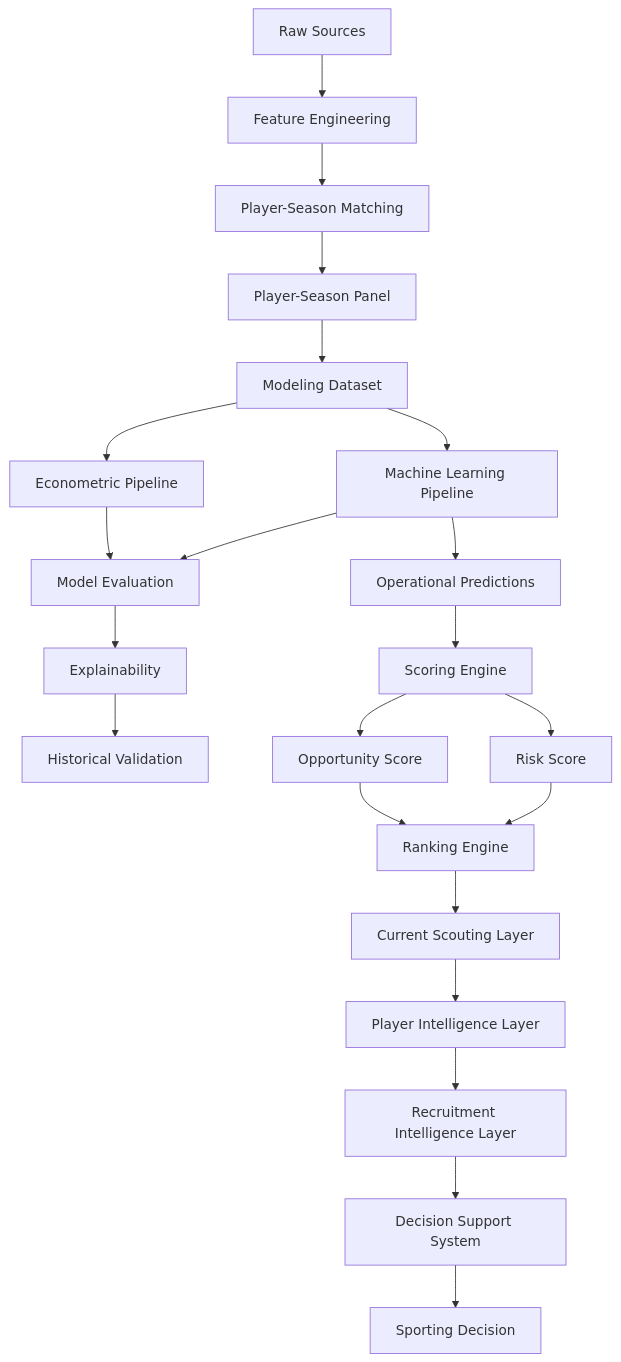
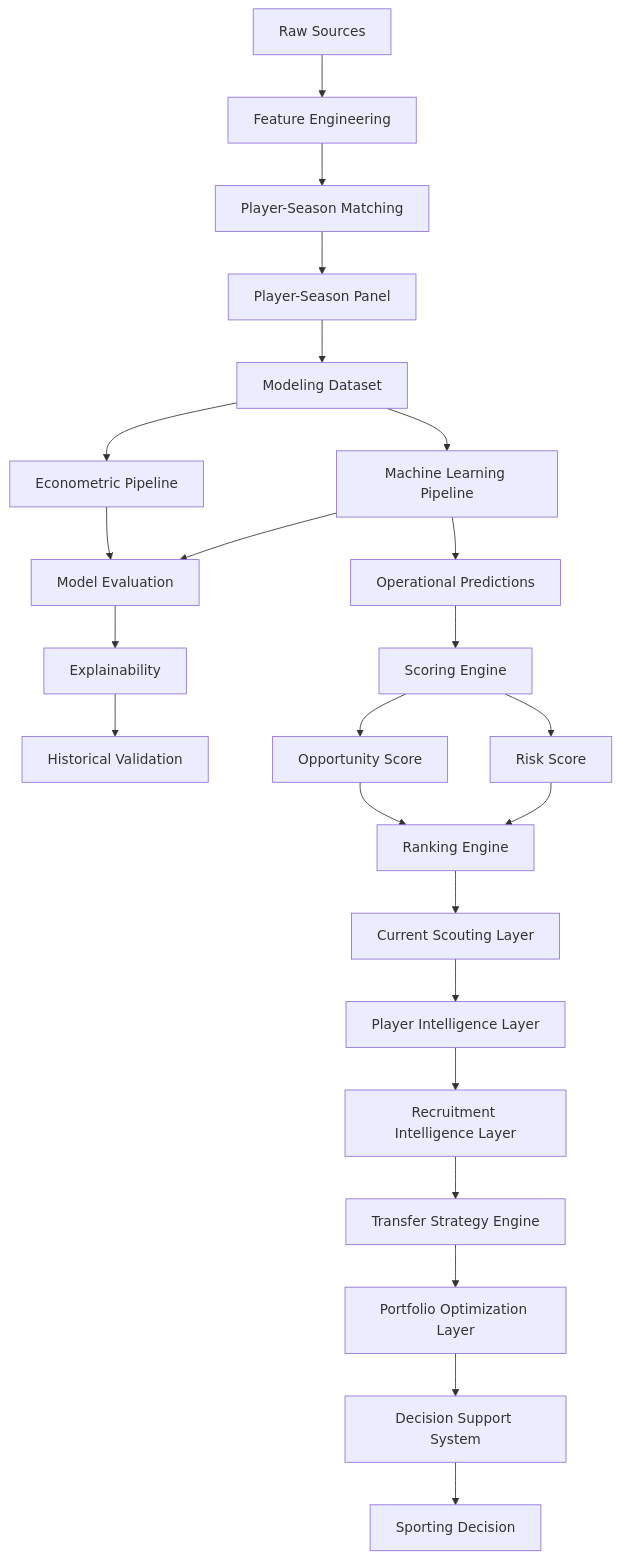
One commit to manuelpeba/market-value-football-tfm changed the diagram in docs/architecture.md. Above: the diagram before and after it, drawn with Mermaid. The commit also changed other lines of this file and 5 other files, not shown here.

````diff
--- a/docs/architecture.md
+++ b/docs/architecture.md
@@ -48,41 +52,45 @@
 ```mermaid
 flowchart TD
 
 A[Raw Sources] --> B[Feature Engineering]
 
 B --> C[Player-Season Matching]
 
 C --> D[Player-Season Panel]
 
 D --> E[Modeling Dataset]
 
 E --> F[Econometric Pipeline]
 E --> G[Machine Learning Pipeline]
 
 F --> H[Model Evaluation]
 G --> H
 
 H --> I[Explainability]
 
 I --> J[Historical Validation]
 
 G --> K[Operational Predictions]
 
 K --> L[Scoring Engine]
 
 L --> M[Opportunity Score]
 L --> N[Risk Score]
 
 M --> O[Ranking Engine]
 N --> O
 
 O --> P[Current Scouting Layer]
 
 P --> Q[Player Intelligence Layer]
 
 Q --> R[Recruitment Intelligence Layer]
 
-R --> S[Decision Support System]
+R --> S[Transfer Strategy Engine]
 
-S --> T[Sporting Decision]
+S --> T[Portfolio Optimization Layer]
+
+T --> U[Decision Support System]
+
+U --> V[Sporting Decision]
 ```
````
